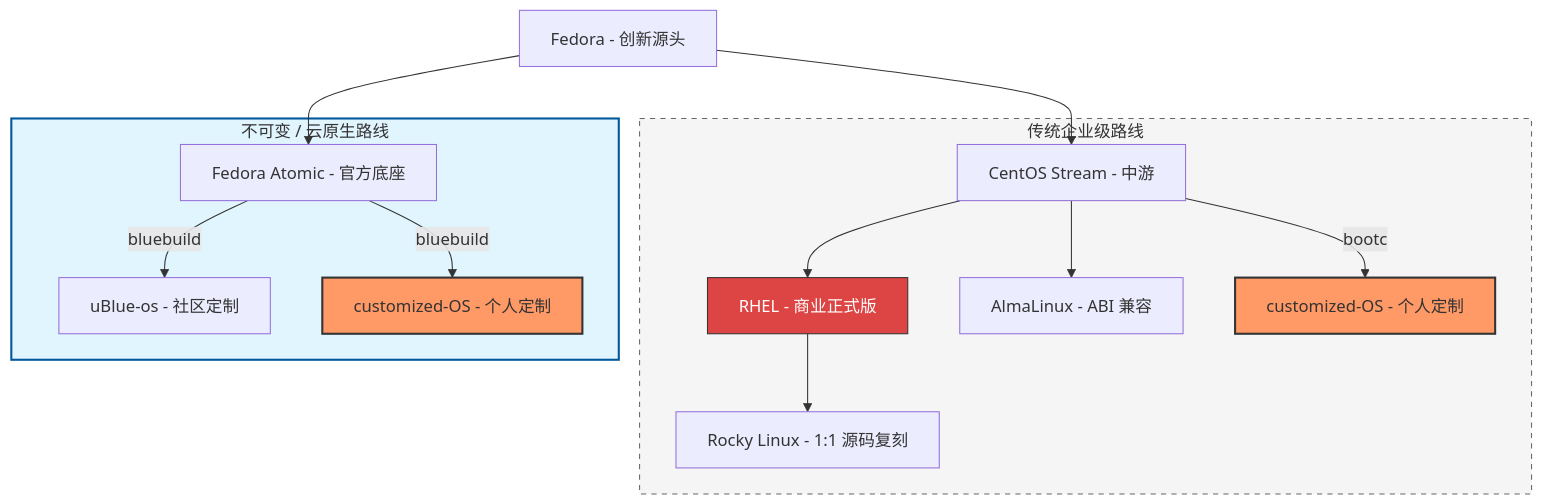
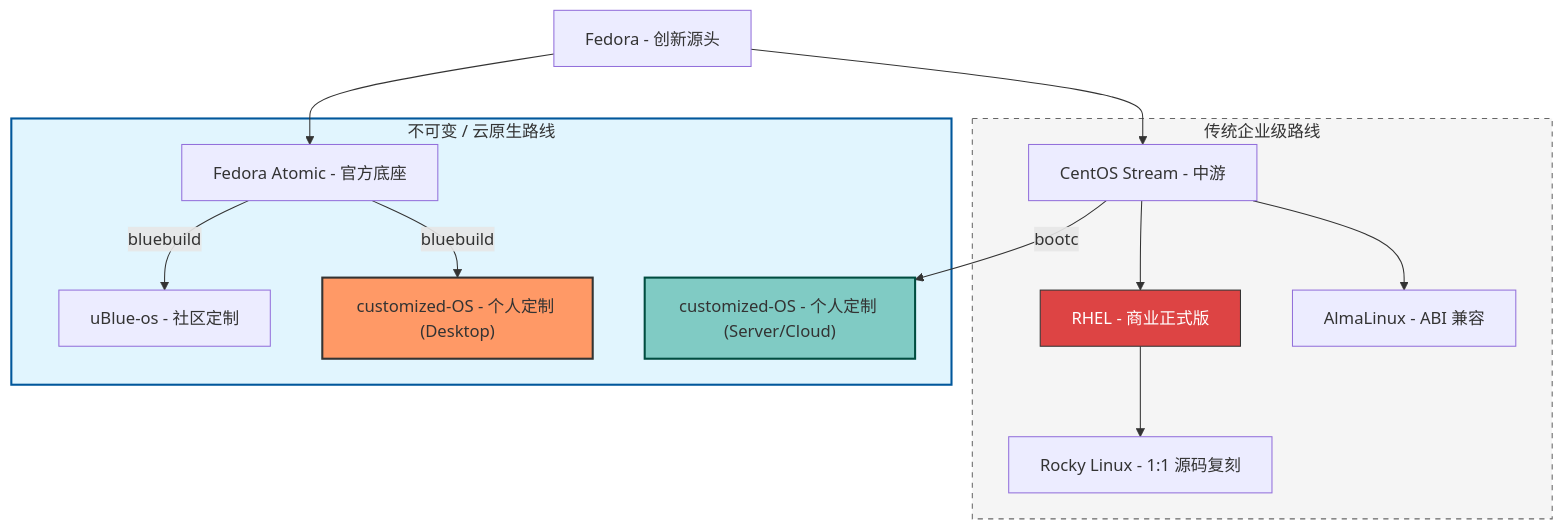
The diagram in 000Intro_CS10.md (EdwardWoodhub/my-plasma-lts), drawn with Mermaid before and after one commit.

Commit message:
change building method notes

````diff
--- a/000Intro_CS10.md
+++ b/000Intro_CS10.md
@@ -4,40 +4,40 @@
 ```mermaid
 graph TD
     %% 定义顶级源头
     A["Fedora - 创新源头"]
 
     %% 传统企业级路线框
     subgraph Traditional ["传统企业级路线"]
         B["CentOS Stream - 中游"]
         C["RHEL - 商业正式版"]
         D["AlmaLinux - ABI 兼容"]
         E["Rocky Linux - 1:1 源码复刻"]
-        I["customized-OS - 个人定制"]
         
         B --> C
         B --> D
         C --> E
-        B -- bootc --> I
     end
 
     %% 不可变路线框
     subgraph Atomic ["不可变 / 云原生路线"]
         F["Fedora Atomic - 官方底座"]
         G["uBlue-os - 社区定制"]
-        H["customized-OS - 个人定制"]
+        H["customized-OS - 个人定制 (Desktop)"]
+        I["customized-OS - 个人定制 (Server/Cloud)"]
         
         F -- bluebuild --> G
         F -- bluebuild --> H
     end
 
-    %% 建立顶级连接
+    %% 建立顶级连接与 bootc 定制分支
     A --> B
     A --> F
+    B -- bootc --> I
 
     %% 样式美化（可选，增加区分度）
     style Traditional fill:#f5f5f5,stroke:#666,stroke-dasharray: 5 5
     style Atomic fill:#e1f5fe,stroke:#01579b,stroke-width:2px
     style H fill:#f96,stroke:#333,stroke-width:2px
-    style I fill:#f96,stroke:#333,stroke-width:2px
+    style I fill:#80cbc4,stroke:#004d40,stroke-width:2px
     style C fill:#d44,stroke:#333,color:#fff
 ```
````
